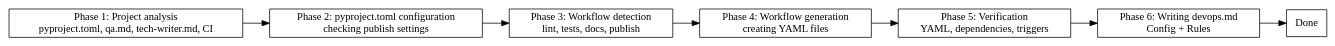
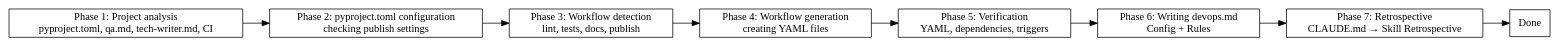
The diagram in skills/employees-devops-onboarding/SKILL.md (qarium/ai-python), drawn with Graphviz before and after one commit. The commit also changed other lines of this file and 8 other files, not shown here.

````diff
--- a/skills/employees-devops-onboarding/SKILL.md
+++ b/skills/employees-devops-onboarding/SKILL.md
@@ -37,19 +37,21 @@
 ```dot
 digraph flow {
     rankdir=LR;
     analyze [label="Phase 1: Project analysis\npyproject.toml, qa.md, tech-writer.md, CI" shape=box];
     config [label="Phase 2: pyproject.toml configuration\nchecking publish settings" shape=box];
     detect [label="Phase 3: Workflow detection\nlint, tests, docs, publish" shape=box];
     generate [label="Phase 4: Workflow generation\ncreating YAML files" shape=box];
     verify [label="Phase 5: Verification\nYAML, dependencies, triggers" shape=box];
     rules [label="Phase 6: Writing devops.md\nConfig + Rules" shape=box];
     done [label="Done" shape=box];
 
     analyze -> config;
     config -> detect;
     detect -> generate;
     generate -> verify;
     verify -> rules;
-    rules -> done;
+    retro [label="Phase 7: Retrospective\nCLAUDE.md → Skill Retrospective" shape=box];
+    rules -> retro;
+    retro -> done;
 }
 ```
````
